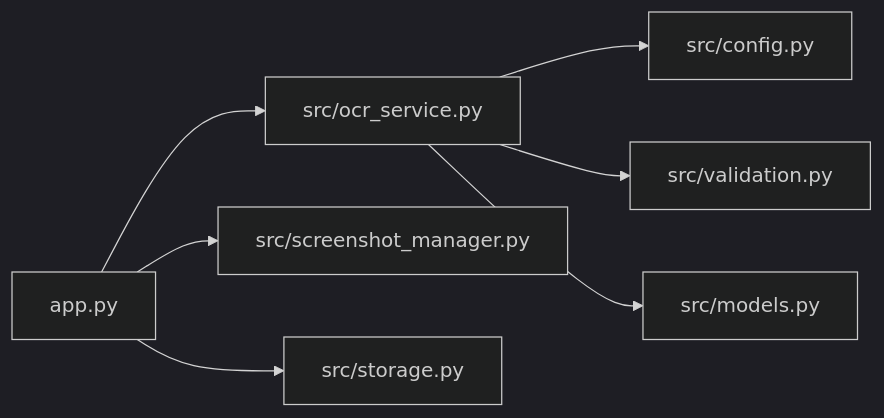
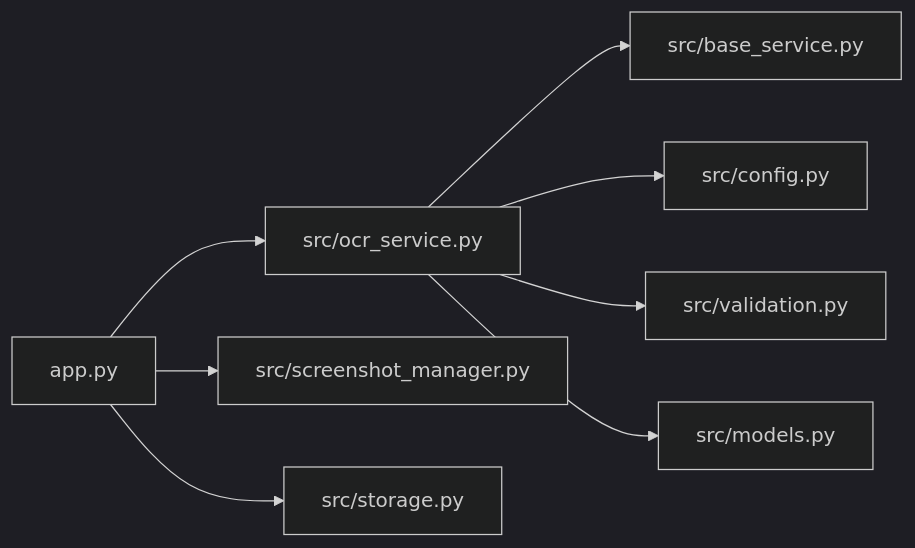
Before and after one commit to Johnny22056/SwimingStatus: the eighth of 8 diagrams in .qoder/repowiki/en/content/Feature Modules/OCR Integration.md, drawn with Mermaid (dark theme). The commit also changed other lines of this file and 8 other files, not shown here.

````diff
--- a/.qoder/repowiki/en/content/Feature Modules/OCR Integration.md
+++ b/.qoder/repowiki/en/content/Feature Modules/OCR Integration.md
@@ -335,9 +414,10 @@
 ```mermaid
 graph LR
 APP["app.py"] --> OCR["src/ocr_service.py"]
+OCR --> BASE["src/base_service.py"]
 OCR --> CFG["src/config.py"]
 OCR --> VAL["src/validation.py"]
 OCR --> M["src/models.py"]
 APP --> SM["src/screenshot_manager.py"]
 APP --> DS["src/storage.py"]
 ```
````
